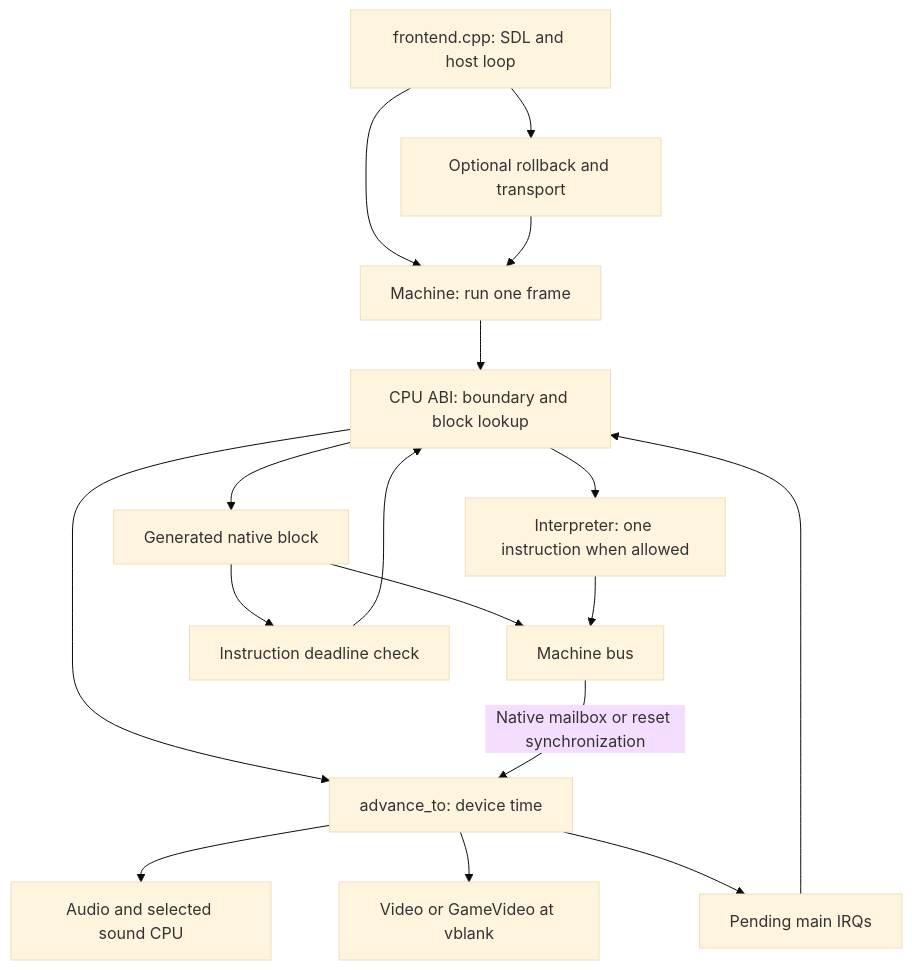
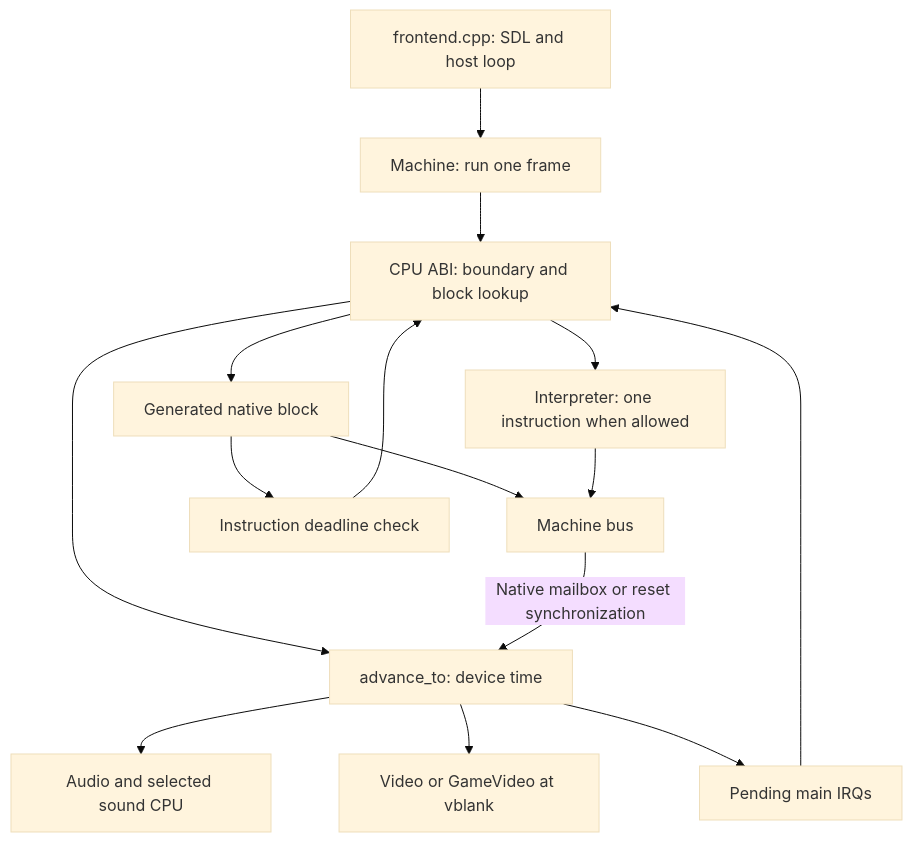
The diagram in docs/site/developer/runtime/index.md (ansxor/f3-recomp), drawn with Mermaid (base theme) before and after one commit. The commit also changed other lines of this file and 319 other files, not shown here.

````diff
--- a/docs/site/developer/runtime/index.md
+++ b/docs/site/developer/runtime/index.md
@@ -32,19 +31,17 @@
 ```mermaid
 flowchart TD
   FE["frontend.cpp: SDL and host loop"] --> M["Machine: run one frame"]
   M --> D["CPU ABI: boundary and block lookup"]
   D --> N["Generated native block"]
   D --> I["Interpreter: one instruction when allowed"]
   N --> BUS["Machine bus"]
   I --> BUS
   N --> DEAD["Instruction deadline check"]
   DEAD --> D
   D --> TIME["advance_to: device time"]
   BUS -- "Native mailbox or reset synchronization" --> TIME
   TIME --> A["Audio and selected sound CPU"]
   TIME --> V["Video or GameVideo at vblank"]
   TIME --> IRQ["Pending main IRQs"]
   IRQ --> D
-  FE --> NP["Optional rollback and transport"]
-  NP --> M
 ```
````
